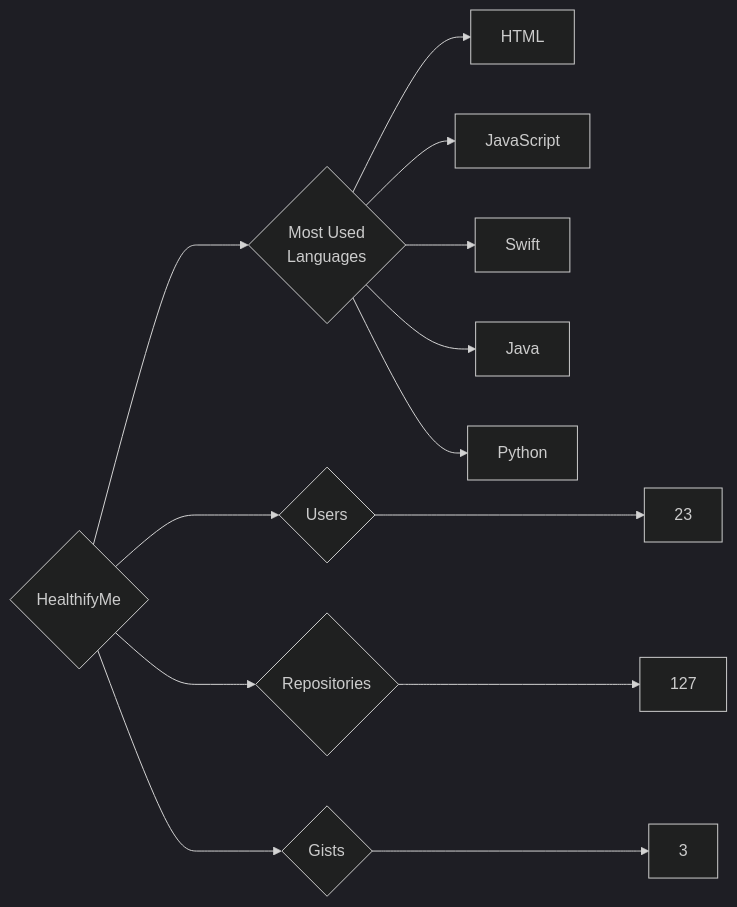
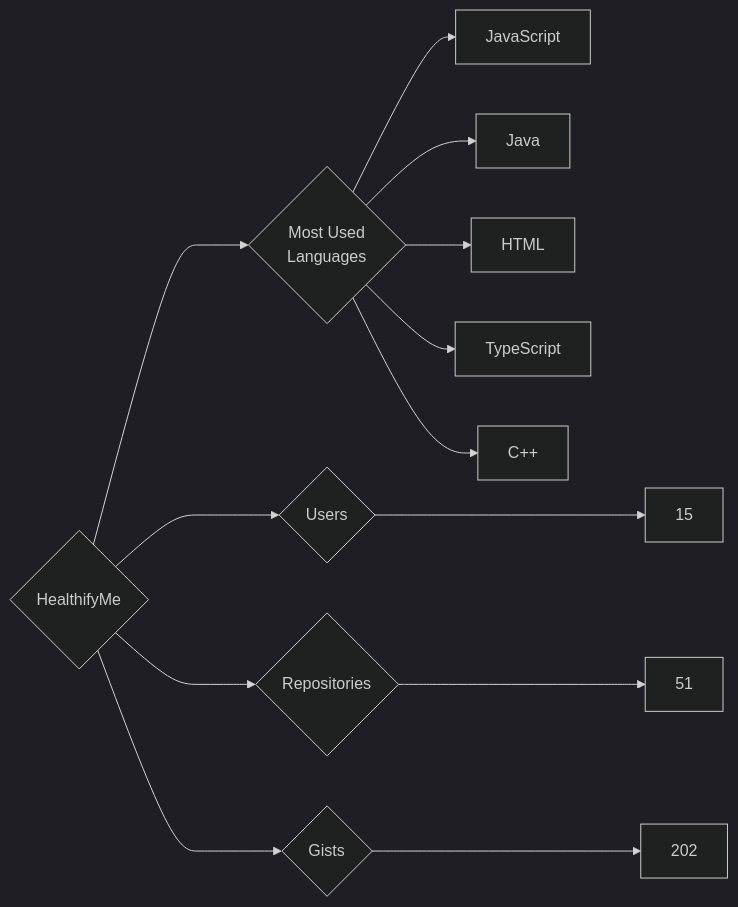
One commit to trickest/insiders changed the diagram in targets/HealthifyMe/README.md. Above: the diagram before and after it, drawn with Mermaid (dark theme). The commit also changed 633 other files, not shown here.

````diff
--- a/targets/HealthifyMe/README.md
+++ b/targets/HealthifyMe/README.md
@@ -3,13 +3,13 @@
 ```mermaid
 graph LR
 COMPANY_NAME{HealthifyMe}
-COMPANY_NAME ---> U{Users} ---> UN[23]
-COMPANY_NAME ---> R{Repositories} ---> RN[127]
-COMPANY_NAME ---> G{Gists} ---> GN[3]
+COMPANY_NAME ---> U{Users} ---> UN[15]
+COMPANY_NAME ---> R{Repositories} ---> RN[51]
+COMPANY_NAME ---> G{Gists} ---> GN[202]
 COMPANY_NAME ---> ML{Most Used<br>Languages}
+ML --> JavaScript[JavaScript]
+ML --> Java[Java]
 ML --> HTML[HTML]
-ML --> JavaScript[JavaScript]
-ML --> Swift[Swift]
-ML --> Java[Java]
-ML --> Python[Python]
+ML --> TypeScript[TypeScript]
+ML --> C++[C++]
 ```
````
